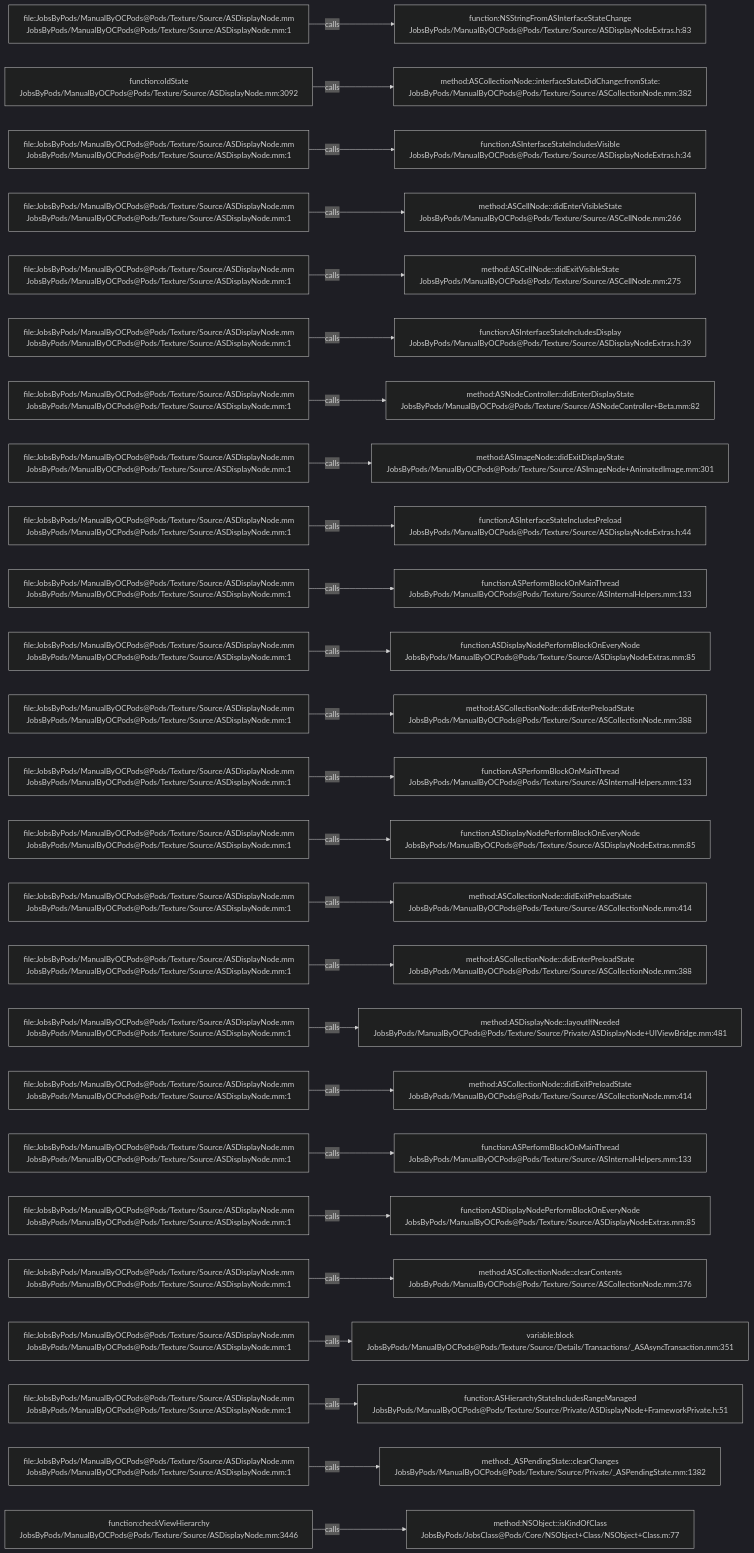
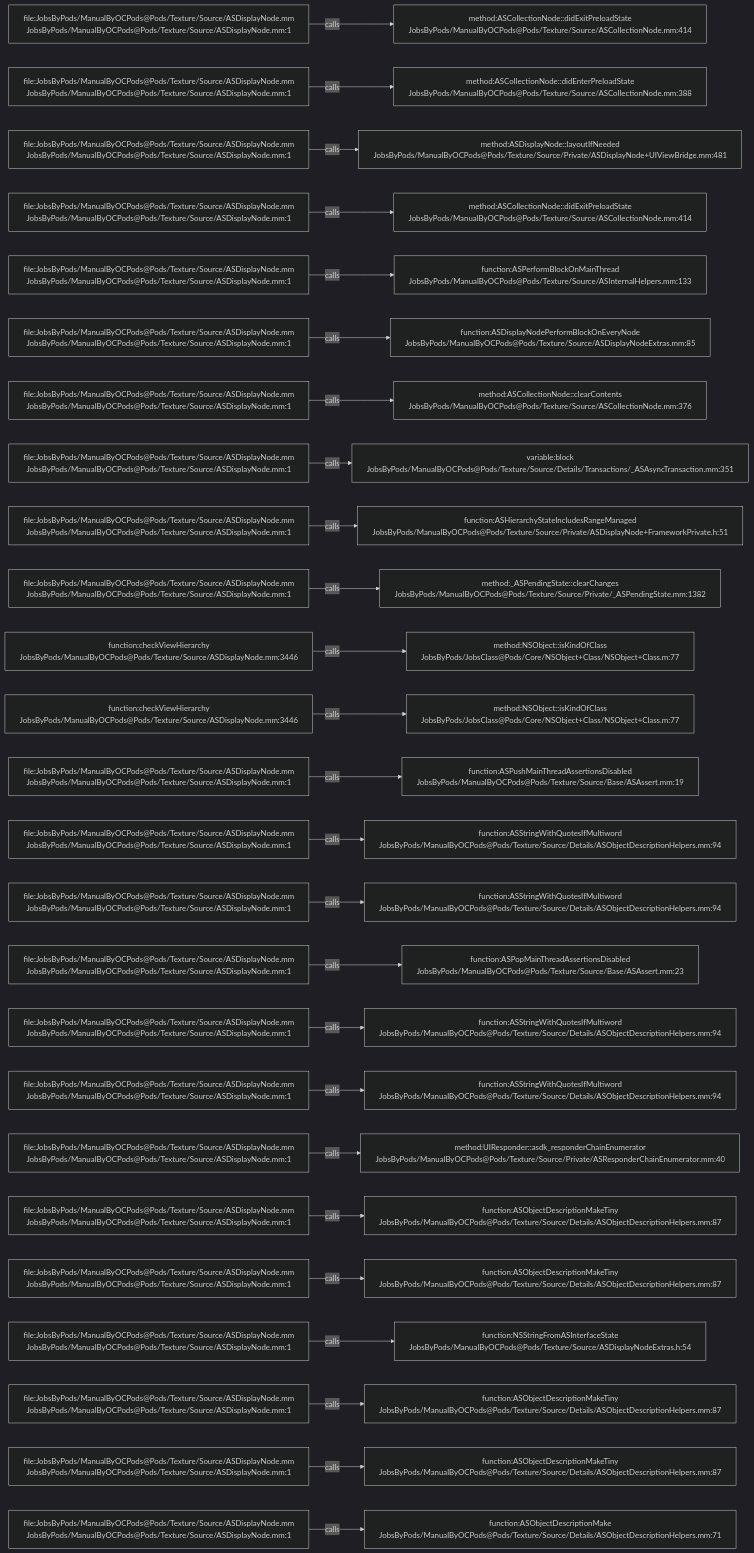
Before and after one commit to JobsKits/JobsOCBaseConfigDemo: the diagram in .codegraph/codegraph.md/graphs/calls-105.md, drawn with Mermaid (dark theme). The commit also changed 296 other files, not shown here.

````diff
--- a/.codegraph/codegraph.md/graphs/calls-105.md
+++ b/.codegraph/codegraph.md/graphs/calls-105.md
@@ -13,78 +13,78 @@
 ```mermaid
 flowchart LR
   S1["file:JobsByPods/ManualByOCPods@Pods/Texture/Source/ASDisplayNode.mm<br/>JobsByPods/ManualByOCPods@Pods/Texture/Source/ASDisplayNode.mm:1"]
-  T1["function:NSStringFromASInterfaceStateChange<br/>JobsByPods/ManualByOCPods@Pods/Texture/Source/ASDisplayNodeExtras.h:83"]
+  T1["method:ASCollectionNode::didExitPreloadState<br/>JobsByPods/ManualByOCPods@Pods/Texture/Source/ASCollectionNode.mm:414"]
   S1 -->|calls| T1
-  S2["function:oldState<br/>JobsByPods/ManualByOCPods@Pods/Texture/Source/ASDisplayNode.mm:3092"]
-  T2["method:ASCollectionNode::interfaceStateDidChange:fromState:<br/>JobsByPods/ManualByOCPods@Pods/Texture/Source/ASCollectionNode.mm:382"]
+  S2["file:JobsByPods/ManualByOCPods@Pods/Texture/Source/ASDisplayNode.mm<br/>JobsByPods/ManualByOCPods@Pods/Texture/Source/ASDisplayNode.mm:1"]
+  T2["method:ASCollectionNode::didEnterPreloadState<br/>JobsByPods/ManualByOCPods@Pods/Texture/Source/ASCollectionNode.mm:388"]
   S2 -->|calls| T2
   S3["file:JobsByPods/ManualByOCPods@Pods/Texture/Source/ASDisplayNode.mm<br/>JobsByPods/ManualByOCPods@Pods/Texture/Source/ASDisplayNode.mm:1"]
-  T3["function:ASInterfaceStateIncludesVisible<br/>JobsByPods/ManualByOCPods@Pods/Texture/Source/ASDisplayNodeExtras.h:34"]
+  T3["method:ASDisplayNode::layoutIfNeeded<br/>JobsByPods/ManualByOCPods@Pods/Texture/Source/Private/ASDisplayNode+UIViewBridge.mm:481"]
   S3 -->|calls| T3
   S4["file:JobsByPods/ManualByOCPods@Pods/Texture/Source/ASDisplayNode.mm<br/>JobsByPods/ManualByOCPods@Pods/Texture/Source/ASDisplayNode.mm:1"]
-  T4["method:ASCellNode::didEnterVisibleState<br/>JobsByPods/ManualByOCPods@Pods/Texture/Source/ASCellNode.mm:266"]
+  T4["method:ASCollectionNode::didExitPreloadState<br/>JobsByPods/ManualByOCPods@Pods/Texture/Source/ASCollectionNode.mm:414"]
   S4 -->|calls| T4
   S5["file:JobsByPods/ManualByOCPods@Pods/Texture/Source/ASDisplayNode.mm<br/>JobsByPods/ManualByOCPods@Pods/Texture/Source/ASDisplayNode.mm:1"]
-  T5["method:ASCellNode::didExitVisibleState<br/>JobsByPods/ManualByOCPods@Pods/Texture/Source/ASCellNode.mm:275"]
+  T5["function:ASPerformBlockOnMainThread<br/>JobsByPods/ManualByOCPods@Pods/Texture/Source/ASInternalHelpers.mm:133"]
   S5 -->|calls| T5
   S6["file:JobsByPods/ManualByOCPods@Pods/Texture/Source/ASDisplayNode.mm<br/>JobsByPods/ManualByOCPods@Pods/Texture/Source/ASDisplayNode.mm:1"]
-  T6["function:ASInterfaceStateIncludesDisplay<br/>JobsByPods/ManualByOCPods@Pods/Texture/Source/ASDisplayNodeExtras.h:39"]
+  T6["function:ASDisplayNodePerformBlockOnEveryNode<br/>JobsByPods/ManualByOCPods@Pods/Texture/Source/ASDisplayNodeExtras.mm:85"]
   S6 -->|calls| T6
   S7["file:JobsByPods/ManualByOCPods@Pods/Texture/Source/ASDisplayNode.mm<br/>JobsByPods/ManualByOCPods@Pods/Texture/Source/ASDisplayNode.mm:1"]
-  T7["method:ASNodeController::didEnterDisplayState<br/>JobsByPods/ManualByOCPods@Pods/Texture/Source/ASNodeController+Beta.mm:82"]
+  T7["method:ASCollectionNode::clearContents<br/>JobsByPods/ManualByOCPods@Pods/Texture/Source/ASCollectionNode.mm:376"]
   S7 -->|calls| T7
   S8["file:JobsByPods/ManualByOCPods@Pods/Texture/Source/ASDisplayNode.mm<br/>JobsByPods/ManualByOCPods@Pods/Texture/Source/ASDisplayNode.mm:1"]
-  T8["method:ASImageNode::didExitDisplayState<br/>JobsByPods/ManualByOCPods@Pods/Texture/Source/ASImageNode+AnimatedImage.mm:301"]
+  T8["variable:block<br/>JobsByPods/ManualByOCPods@Pods/Texture/Source/Details/Transactions/_ASAsyncTransaction.mm:351"]
   S8 -->|calls| T8
   S9["file:JobsByPods/ManualByOCPods@Pods/Texture/Source/ASDisplayNode.mm<br/>JobsByPods/ManualByOCPods@Pods/Texture/Source/ASDisplayNode.mm:1"]
-  T9["function:ASInterfaceStateIncludesPreload<br/>JobsByPods/ManualByOCPods@Pods/Texture/Source/ASDisplayNodeExtras.h:44"]
+  T9["function:ASHierarchyStateIncludesRangeManaged<br/>JobsByPods/ManualByOCPods@Pods/Texture/Source/Private/ASDisplayNode+FrameworkPrivate.h:51"]
   S9 -->|calls| T9
   S10["file:JobsByPods/ManualByOCPods@Pods/Texture/Source/ASDisplayNode.mm<br/>JobsByPods/ManualByOCPods@Pods/Texture/Source/ASDisplayNode.mm:1"]
-  T10["function:ASPerformBlockOnMainThread<br/>JobsByPods/ManualByOCPods@Pods/Texture/Source/ASInternalHelpers.mm:133"]
+  T10["method:_ASPendingState::clearChanges<br/>JobsByPods/ManualByOCPods@Pods/Texture/Source/Private/_ASPendingState.mm:1382"]
   S10 -->|calls| T10
-  S11["file:JobsByPods/ManualByOCPods@Pods/Texture/Source/ASDisplayNode.mm<br/>JobsByPods/ManualByOCPods@Pods/Texture/Source/ASDisplayNode.mm:1"]
-  T11["function:ASDisplayNodePerformBlockOnEveryNode<br/>JobsByPods/ManualByOCPods@Pods/Texture/Source/ASDisplayNodeExtras.mm:85"]
+  S11["function:checkViewHierarchy<br/>JobsByPods/ManualByOCPods@Pods/Texture/Source/ASDisplayNode.mm:3446"]
+  T11["method:NSObject::isKindOfClass<br/>JobsByPods/JobsClass@Pods/Core/NSObject+Class/NSObject+Class.m:77"]
   S11 -->|calls| T11
-  S12["file:JobsByPods/ManualByOCPods@Pods/Texture/Source/ASDisplayNode.mm<br/>JobsByPods/ManualByOCPods@Pods/Texture/Source/ASDisplayNode.mm:1"]
-  T12["method:ASCollectionNode::didEnterPreloadState<br/>JobsByPods/ManualByOCPods@Pods/Texture/Source/ASCollectionNode.mm:388"]
+  S12["function:checkViewHierarchy<br/>JobsByPods/ManualByOCPods@Pods/Texture/Source/ASDisplayNode.mm:3446"]
+  T12["method:NSObject::isKindOfClass<br/>JobsByPods/JobsClass@Pods/Core/NSObject+Class/NSObject+Class.m:77"]
   S12 -->|calls| T12
   S13["file:JobsByPods/ManualByOCPods@Pods/Texture/Source/ASDisplayNode.mm<br/>JobsByPods/ManualByOCPods@Pods/Texture/Source/ASDisplayNode.mm:1"]
-  T13["function:ASPerformBlockOnMainThread<br/>JobsByPods/ManualByOCPods@Pods/Texture/Source/ASInternalHelpers.mm:133"]
+  T13["function:ASPushMainThreadAssertionsDisabled<br/>JobsByPods/ManualByOCPods@Pods/Texture/Source/Base/ASAssert.mm:19"]
   S13 -->|calls| T13
   S14["file:JobsByPods/ManualByOCPods@Pods/Texture/Source/ASDisplayNode.mm<br/>JobsByPods/ManualByOCPods@Pods/Texture/Source/ASDisplayNode.mm:1"]
-  T14["function:ASDisplayNodePerformBlockOnEveryNode<br/>JobsByPods/ManualByOCPods@Pods/Texture/Source/ASDisplayNodeExtras.mm:85"]
+  T14["function:ASStringWithQuotesIfMultiword<br/>JobsByPods/ManualByOCPods@Pods/Texture/Source/Details/ASObjectDescriptionHelpers.mm:94"]
   S14 -->|calls| T14
   S15["file:JobsByPods/ManualByOCPods@Pods/Texture/Source/ASDisplayNode.mm<br/>JobsByPods/ManualByOCPods@Pods/Texture/Source/ASDisplayNode.mm:1"]
-  T15["method:ASCollectionNode::didExitPreloadState<br/>JobsByPods/ManualByOCPods@Pods/Texture/Source/ASCollectionNode.mm:414"]
+  T15["function:ASStringWithQuotesIfMultiword<br/>JobsByPods/ManualByOCPods@Pods/Texture/Source/Details/ASObjectDescriptionHelpers.mm:94"]
   S15 -->|calls| T15
   S16["file:JobsByPods/ManualByOCPods@Pods/Texture/Source/ASDisplayNode.mm<br/>JobsByPods/ManualByOCPods@Pods/Texture/Source/ASDisplayNode.mm:1"]
-  T16["method:ASCollectionNode::didEnterPreloadState<br/>JobsByPods/ManualByOCPods@Pods/Texture/Source/ASCollectionNode.mm:388"]
+  T16["function:ASPopMainThreadAssertionsDisabled<br/>JobsByPods/ManualByOCPods@Pods/Texture/Source/Base/ASAssert.mm:23"]
   S16 -->|calls| T16
   S17["file:JobsByPods/ManualByOCPods@Pods/Texture/Source/ASDisplayNode.mm<br/>JobsByPods/ManualByOCPods@Pods/Texture/Source/ASDisplayNode.mm:1"]
-  T17["method:ASDisplayNode::layoutIfNeeded<br/>JobsByPods/ManualByOCPods@Pods/Texture/Source/Private/ASDisplayNode+UIViewBridge.mm:481"]
+  T17["function:ASStringWithQuotesIfMultiword<br/>JobsByPods/ManualByOCPods@Pods/Texture/Source/Details/ASObjectDescriptionHelpers.mm:94"]
   S17 -->|calls| T17
   S18["file:JobsByPods/ManualByOCPods@Pods/Texture/Source/ASDisplayNode.mm<br/>JobsByPods/ManualByOCPods@Pods/Texture/Source/ASDisplayNode.mm:1"]
-  T18["method:ASCollectionNode::didExitPreloadState<br/>JobsByPods/ManualByOCPods@Pods/Texture/Source/ASCollectionNode.mm:414"]
+  T18["function:ASStringWithQuotesIfMultiword<br/>JobsByPods/ManualByOCPods@Pods/Texture/Source/Details/ASObjectDescriptionHelpers.mm:94"]
   S18 -->|calls| T18
   S19["file:JobsByPods/ManualByOCPods@Pods/Texture/Source/ASDisplayNode.mm<br/>JobsByPods/ManualByOCPods@Pods/Texture/Source/ASDisplayNode.mm:1"]
-  T19["function:ASPerformBlockOnMainThread<br/>JobsByPods/ManualByOCPods@Pods/Texture/Source/ASInternalHelpers.mm:133"]
+  T19["method:UIResponder::asdk_responderChainEnumerator<br/>JobsByPods/ManualByOCPods@Pods/Texture/Source/Private/ASResponderChainEnumerator.mm:40"]
   S19 -->|calls| T19
   S20["file:JobsByPods/ManualByOCPods@Pods/Texture/Source/ASDisplayNode.mm<br/>JobsByPods/ManualByOCPods@Pods/Texture/Source/ASDisplayNode.mm:1"]
-  T20["function:ASDisplayNodePerformBlockOnEveryNode<br/>JobsByPods/ManualByOCPods@Pods/Texture/Source/ASDisplayNodeExtras.mm:85"]
+  T20["function:ASObjectDescriptionMakeTiny<br/>JobsByPods/ManualByOCPods@Pods/Texture/Source/Details/ASObjectDescriptionHelpers.mm:87"]
   S20 -->|calls| T20
   S21["file:JobsByPods/ManualByOCPods@Pods/Texture/Source/ASDisplayNode.mm<br/>JobsByPods/ManualByOCPods@Pods/Texture/Source/ASDisplayNode.mm:1"]
-  T21["method:ASCollectionNode::clearContents<br/>JobsByPods/ManualByOCPods@Pods/Texture/Source/ASCollectionNode.mm:376"]
+  T21["function:ASObjectDescriptionMakeTiny<br/>JobsByPods/ManualByOCPods@Pods/Texture/Source/Details/ASObjectDescriptionHelpers.mm:87"]
   S21 -->|calls| T21
   S22["file:JobsByPods/ManualByOCPods@Pods/Texture/Source/ASDisplayNode.mm<br/>JobsByPods/ManualByOCPods@Pods/Texture/Source/ASDisplayNode.mm:1"]
-  T22["variable:block<br/>JobsByPods/ManualByOCPods@Pods/Texture/Source/Details/Transactions/_ASAsyncTransaction.mm:351"]
+  T22["function:NSStringFromASInterfaceState<br/>JobsByPods/ManualByOCPods@Pods/Texture/Source/ASDisplayNodeExtras.h:54"]
   S22 -->|calls| T22
   S23["file:JobsByPods/ManualByOCPods@Pods/Texture/Source/ASDisplayNode.mm<br/>JobsByPods/ManualByOCPods@Pods/Texture/Source/ASDisplayNode.mm:1"]
-  T23["function:ASHierarchyStateIncludesRangeManaged<br/>JobsByPods/ManualByOCPods@Pods/Texture/Source/Private/ASDisplayNode+FrameworkPrivate.h:51"]
+  T23["function:ASObjectDescriptionMakeTiny<br/>JobsByPods/ManualByOCPods@Pods/Texture/Source/Details/ASObjectDescriptionHelpers.mm:87"]
   S23 -->|calls| T23
   S24["file:JobsByPods/ManualByOCPods@Pods/Texture/Source/ASDisplayNode.mm<br/>JobsByPods/ManualByOCPods@Pods/Texture/Source/ASDisplayNode.mm:1"]
-  T24["method:_ASPendingState::clearChanges<br/>JobsByPods/ManualByOCPods@Pods/Texture/Source/Private/_ASPendingState.mm:1382"]
+  T24["function:ASObjectDescriptionMakeTiny<br/>JobsByPods/ManualByOCPods@Pods/Texture/Source/Details/ASObjectDescriptionHelpers.mm:87"]
   S24 -->|calls| T24
-  S25["function:checkViewHierarchy<br/>JobsByPods/ManualByOCPods@Pods/Texture/Source/ASDisplayNode.mm:3446"]
-  T25["method:NSObject::isKindOfClass<br/>JobsByPods/JobsClass@Pods/Core/NSObject+Class/NSObject+Class.m:77"]
+  S25["file:JobsByPods/ManualByOCPods@Pods/Texture/Source/ASDisplayNode.mm<br/>JobsByPods/ManualByOCPods@Pods/Texture/Source/ASDisplayNode.mm:1"]
+  T25["function:ASObjectDescriptionMake<br/>JobsByPods/ManualByOCPods@Pods/Texture/Source/Details/ASObjectDescriptionHelpers.mm:71"]
   S25 -->|calls| T25
 ```
````
